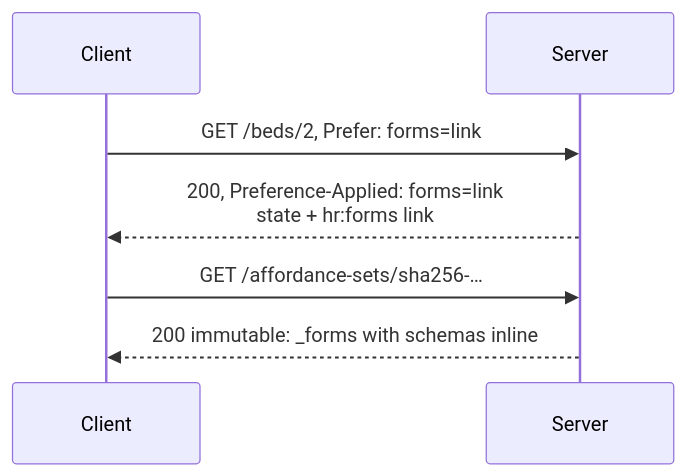
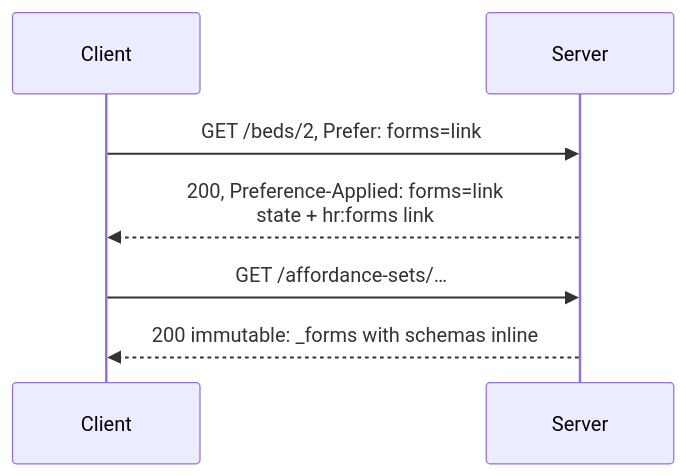
Before and after one commit to JogoShugh/heart-rise-artie: the fifth of 12 diagrams in heart/ARCHITECTURE.md, drawn with Mermaid. The commit also changed other lines of this file and 16 other files, not shown here.

````diff
--- a/heart/ARCHITECTURE.md
+++ b/heart/ARCHITECTURE.md
@@ -159,9 +159,9 @@
 ```mermaid
 sequenceDiagram
   participant C as Client
   participant S as Server
   C->>S: GET /beds/2, Prefer: forms=link
   S-->>C: 200, Preference-Applied: forms=link<br/>state + hr:forms link
-  C->>S: GET /affordance-sets/sha256-…
+  C->>S: GET /affordance-sets/…
   S-->>C: 200 immutable: _forms with schemas inline
 ```
````
